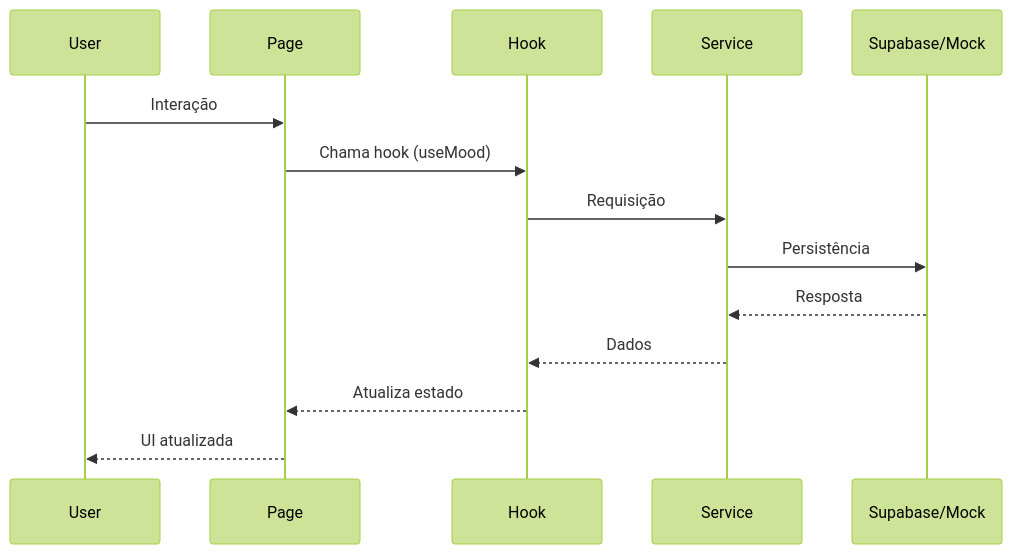
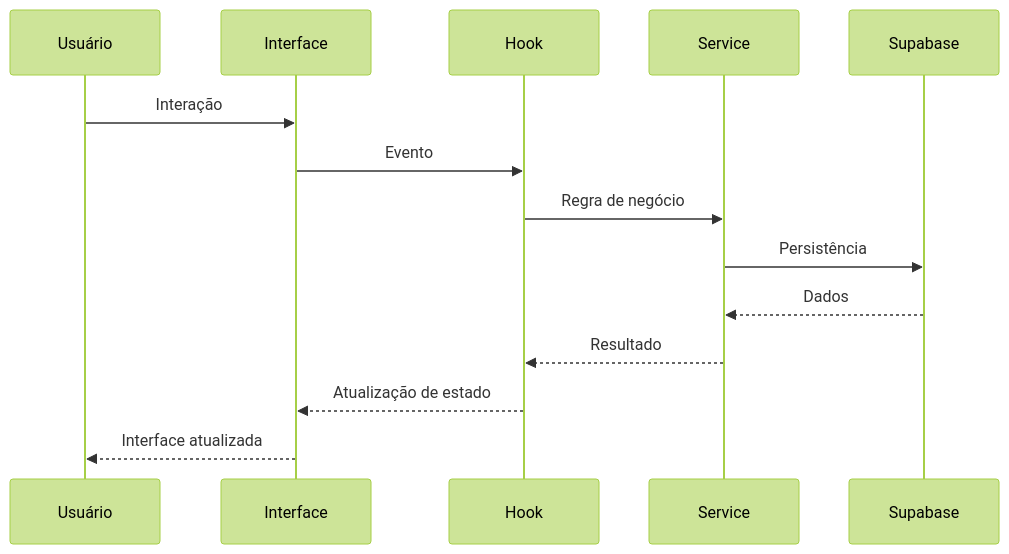
The second of 4 diagrams in README.md (Projeto-Fluidity/fluidity), drawn with Mermaid (forest theme) before and after one commit. The commit also changed other lines of this file, not shown here.

Commit message:
docs: atualizar README com arquitetura e estado atual do projeto

````diff
--- a/README.md
+++ b/README.md
@@ -58,18 +123,19 @@
 ```mermaid
 sequenceDiagram
-    participant U as User
-    participant P as Page
-    participant H as Hook
-    participant S as Service
-    participant DB as Supabase/Mock
 
-    U->>P: Interação
-    P->>H: Chama hook (useMood)
-    H->>S: Requisição
-    S->>DB: Persistência
+participant U as Usuário
+participant UI as Interface
+participant H as Hook
+participant S as Service
+participant DB as Supabase
 
-    DB-->>S: Resposta
-    S-->>H: Dados
-    H-->>P: Atualiza estado
-    P-->>U: UI atualizada
+U->>UI: Interação
+UI->>H: Evento
+H->>S: Regra de negócio
+S->>DB: Persistência
+
+DB-->>S: Dados
+S-->>H: Resultado
+H-->>UI: Atualização de estado
+UI-->>U: Interface atualizada
 ```
````
